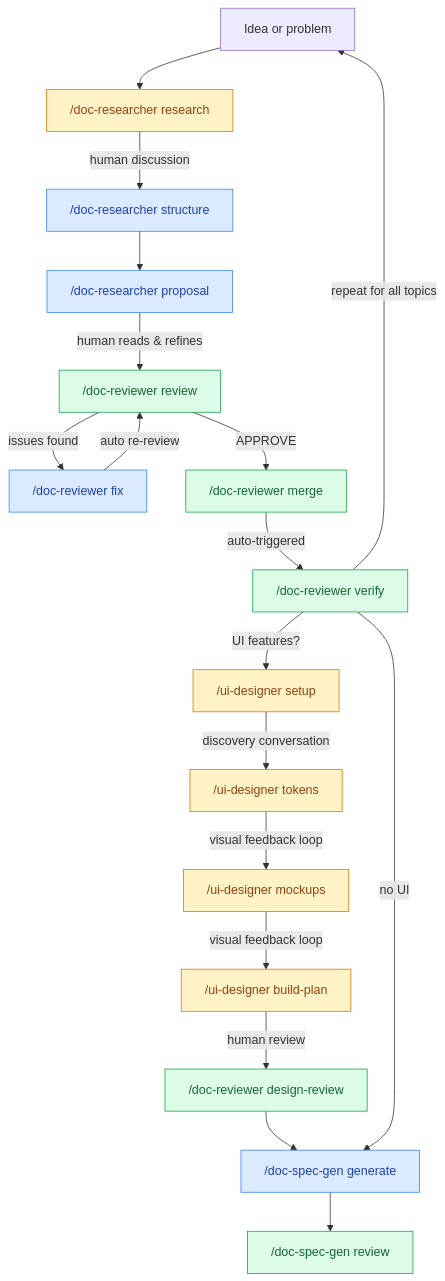
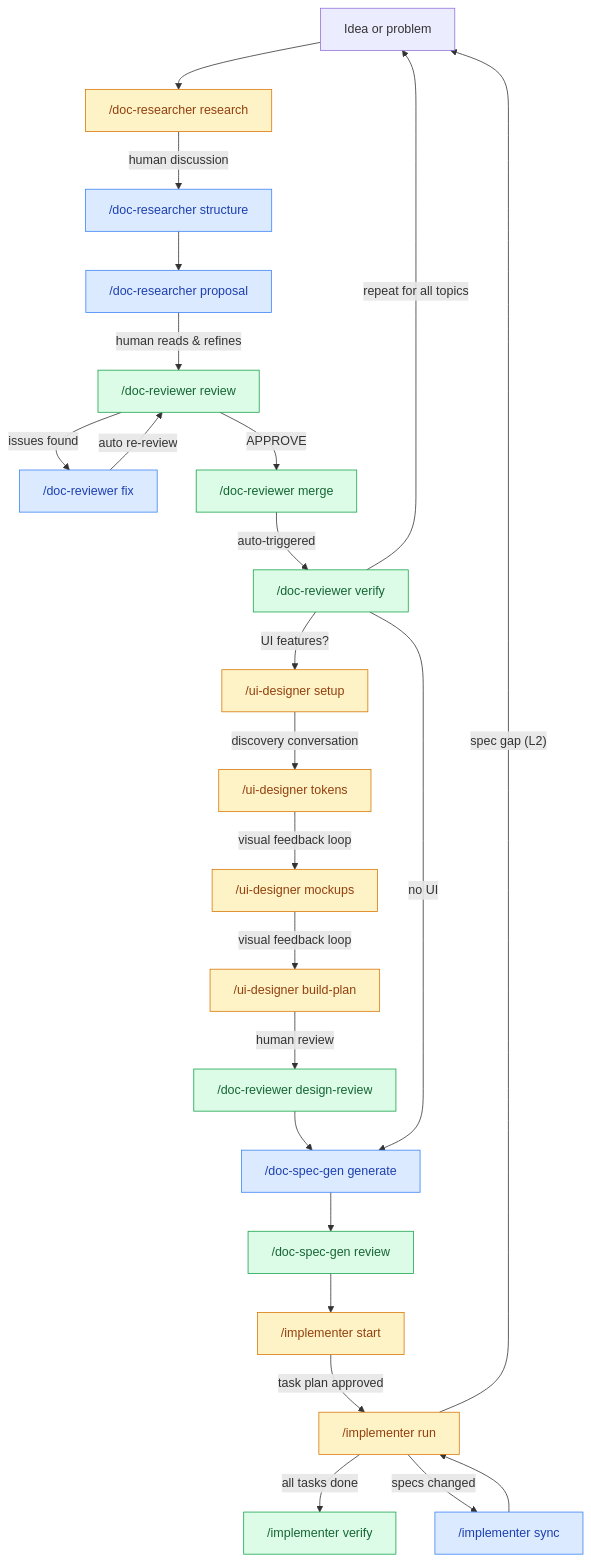
The first of 6 diagrams in README.md (dev-eloper1/clarity-loop), drawn with Mermaid before and after one commit. The commit also changed other lines of this file and 11 other files, not shown here.

````diff
--- a/README.md
+++ b/README.md
@@ -79,26 +86,33 @@
 ```mermaid
 flowchart TD
     classDef human fill:#fef3c7,stroke:#d97706,color:#92400e
     classDef ai fill:#dbeafe,stroke:#3b82f6,color:#1e40af
     classDef gate fill:#dcfce7,stroke:#16a34a,color:#166534
 
     START["Idea or problem"] --> RESEARCH["/doc-researcher research"]:::human
     RESEARCH -->|"human discussion"| STRUCTURE["/doc-researcher structure"]:::ai
     STRUCTURE --> PROPOSAL["/doc-researcher proposal"]:::ai
     PROPOSAL -->|"human reads & refines"| REVIEW["/doc-reviewer review"]:::gate
     REVIEW -->|"issues found"| FIX["/doc-reviewer fix"]:::ai
     FIX -->|"auto re-review"| REVIEW
     REVIEW -->|"APPROVE"| MERGE["/doc-reviewer merge"]:::gate
     MERGE -->|"auto-triggered"| VERIFY["/doc-reviewer verify"]:::gate
     VERIFY -->|"repeat for all topics"| START
 
     VERIFY -->|"UI features?"| SETUP["/ui-designer setup"]:::human
     SETUP -->|"discovery conversation"| TOKENS["/ui-designer tokens"]:::human
     TOKENS -->|"visual feedback loop"| MOCKUPS["/ui-designer mockups"]:::human
     MOCKUPS -->|"visual feedback loop"| BUILD["/ui-designer build-plan"]:::human
     BUILD -->|"human review"| DREVIEW["/doc-reviewer design-review"]:::gate
 
     DREVIEW --> SPECS["/doc-spec-gen generate"]:::ai
     VERIFY -->|"no UI"| SPECS
     SPECS --> SPEC_REVIEW["/doc-spec-gen review"]:::gate
+
+    SPEC_REVIEW --> IMPL_START["/implementer start"]:::human
+    IMPL_START -->|"task plan approved"| IMPL_RUN["/implementer run"]:::human
+    IMPL_RUN -->|"spec gap (L2)"| START
+    IMPL_RUN -->|"all tasks done"| IMPL_VERIFY["/implementer verify"]:::gate
+    IMPL_RUN -->|"specs changed"| IMPL_SYNC["/implementer sync"]:::ai
+    IMPL_SYNC --> IMPL_RUN
 ```
````
